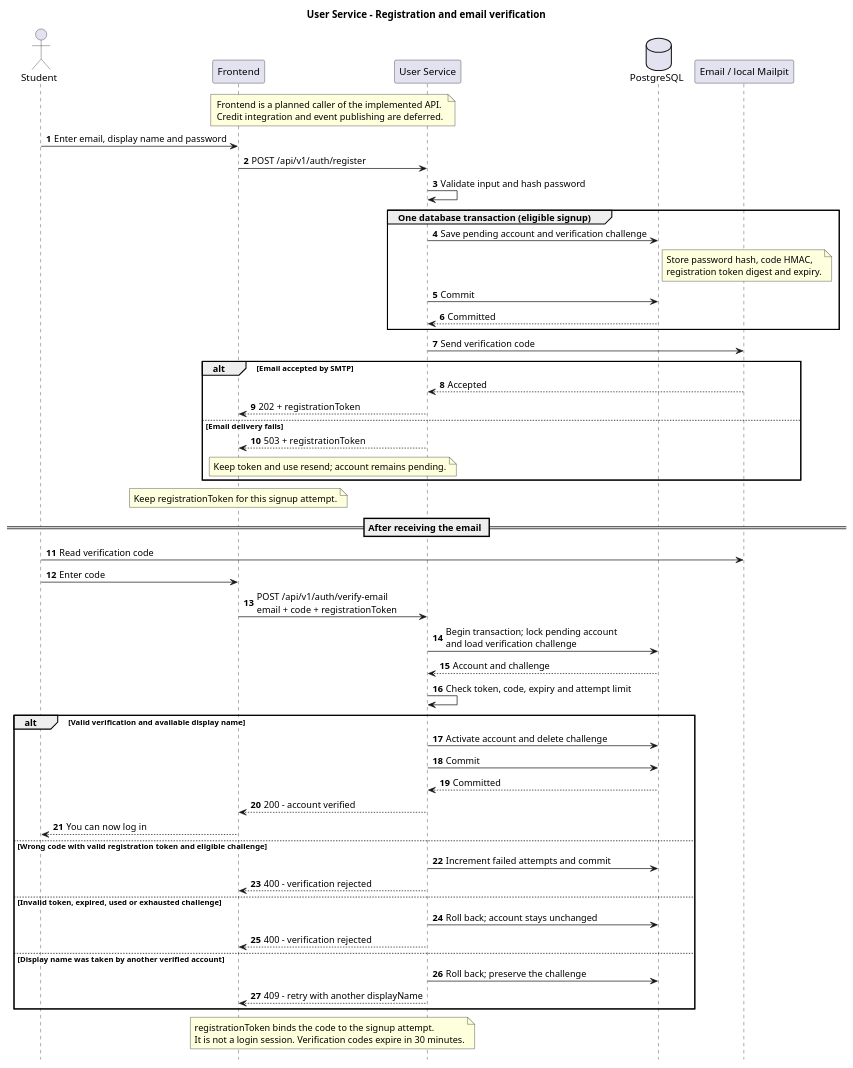
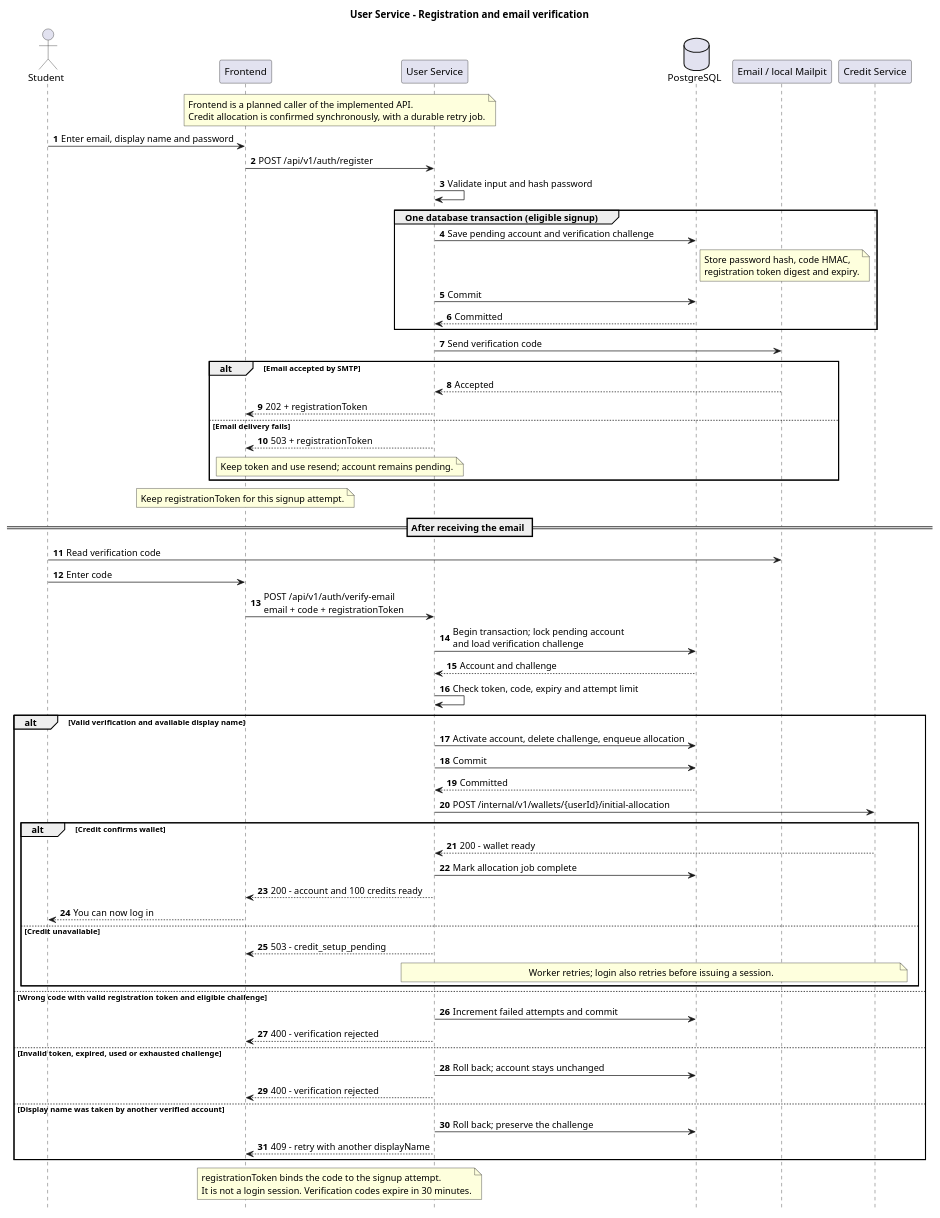
The diagram in user-service/docs/registration-verification.puml (AY2627S1-CS3219-P13/FoC-Template), drawn with PlantUML before and after one commit. The commit also changed 29 other files, not shown here.

```diff
--- a/user-service/docs/registration-verification.puml
+++ b/user-service/docs/registration-verification.puml
@@ -1,68 +1,77 @@
 @startuml registration-verification
 title User Service - Registration and email verification
 autonumber
 hide footbox
 
 actor Student
 participant Frontend
 participant "User Service" as User
 database PostgreSQL as DB
 participant "Email / local Mailpit" as Email
+participant "Credit Service" as Credit
 
 note over Frontend, User
   Frontend is a planned caller of the implemented API.
-  Credit integration and event publishing are deferred.
+  Credit allocation is confirmed synchronously, with a durable retry job.
 end note
 
 Student -> Frontend: Enter email, display name and password
 Frontend -> User: POST /api/v1/auth/register
 User -> User: Validate input and hash password
 group One database transaction (eligible signup)
   User -> DB: Save pending account and verification challenge
   note right of DB
     Store password hash, code HMAC,
     registration token digest and expiry.
   end note
   User -> DB: Commit
   DB --> User: Committed
 end
 User -> Email: Send verification code
 alt Email accepted by SMTP
   Email --> User: Accepted
   User --> Frontend: 202 + registrationToken
 else Email delivery fails
   User --> Frontend: 503 + registrationToken
   note over Frontend, User: Keep token and use resend; account remains pending.
 end
 note over Frontend: Keep registrationToken for this signup attempt.
 
 == After receiving the email ==
 Student -> Email: Read verification code
 Student -> Frontend: Enter code
 Frontend -> User: POST /api/v1/auth/verify-email\nemail + code + registrationToken
 User -> DB: Begin transaction; lock pending account\nand load verification challenge
 DB --> User: Account and challenge
 User -> User: Check token, code, expiry and attempt limit
 
 alt Valid verification and available display name
-  User -> DB: Activate account and delete challenge
+  User -> DB: Activate account, delete challenge, enqueue allocation
   User -> DB: Commit
   DB --> User: Committed
-  User --> Frontend: 200 - account verified
-  Frontend --> Student: You can now log in
+  User -> Credit: POST /internal/v1/wallets/{userId}/initial-allocation
+  alt Credit confirms wallet
+    Credit --> User: 200 - wallet ready
+    User -> DB: Mark allocation job complete
+    User --> Frontend: 200 - account and 100 credits ready
+    Frontend --> Student: You can now log in
+  else Credit unavailable
+    User --> Frontend: 503 - credit_setup_pending
+    note over User, Credit: Worker retries; login also retries before issuing a session.
+  end
 else Wrong code with valid registration token and eligible challenge
   User -> DB: Increment failed attempts and commit
   User --> Frontend: 400 - verification rejected
 else Invalid token, expired, used or exhausted challenge
   User -> DB: Roll back; account stays unchanged
   User --> Frontend: 400 - verification rejected
 else Display name was taken by another verified account
   User -> DB: Roll back; preserve the challenge
   User --> Frontend: 409 - retry with another displayName
 end
 
 note over Frontend, User
   registrationToken binds the code to the signup attempt.
   It is not a login session. Verification codes expire in 30 minutes.
 end note
 @enduml
```
